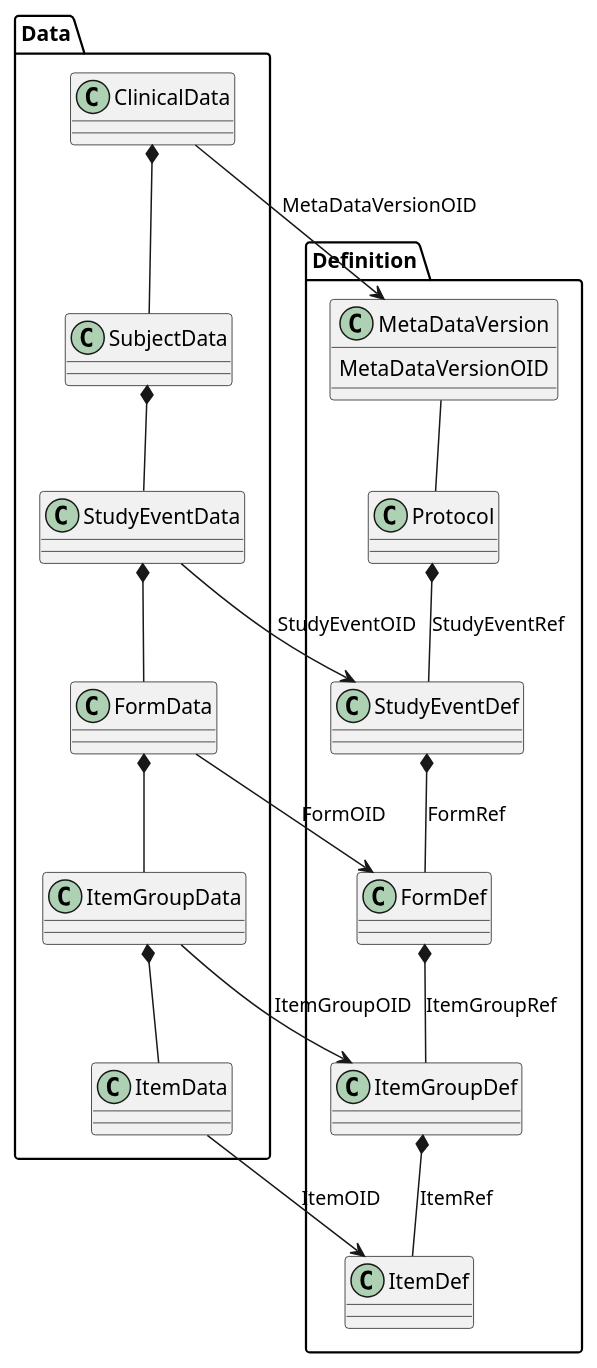
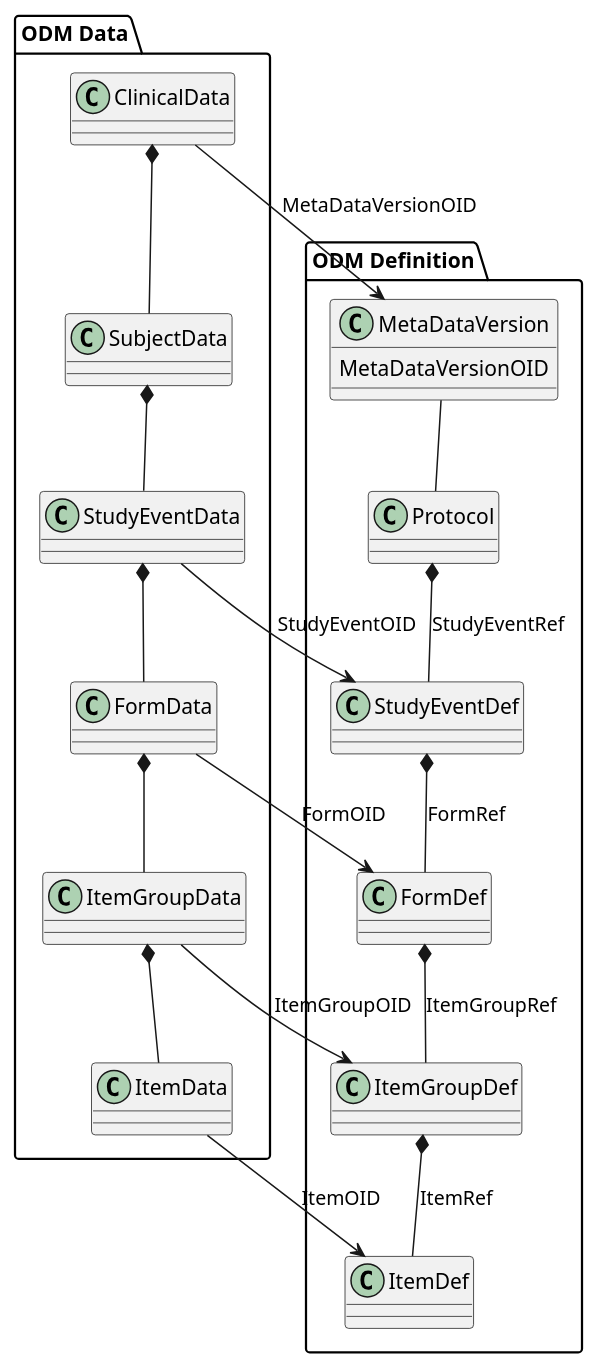
The diagram in input/images-source/form-hierarchy.plantuml (HL7/Vulcan-schedule-ig), drawn with PlantUML before and after one commit. The commit also changed 6 other files, not shown here.

```diff
--- a/input/images-source/form-hierarchy.plantuml
+++ b/input/images-source/form-hierarchy.plantuml
@@ -1,46 +1,46 @@
 @startuml "form-hierarchy"
 
-package "Definition"{
+package "ODM Definition"{
     class Protocol
 
     class MetaDataVersion {
         MetaDataVersionOID
     }
 
     class StudyEventDef
 
     class FormDef
 
     class ItemGroupDef
 
     class ItemDef
 
     MetaDataVersion -- Protocol
     Protocol *-- StudyEventDef: StudyEventRef
     StudyEventDef *-- FormDef : FormRef
     FormDef *-- ItemGroupDef : ItemGroupRef
     ItemGroupDef *-- ItemDef : ItemRef
 }
 
-package "Data" {
+package "ODM Data" {
     class ClinicalData
     class SubjectData 
     class StudyEventData
     class FormData
     class ItemGroupData
     class ItemData
 
     ClinicalData *-- SubjectData
     SubjectData *-- StudyEventData
     StudyEventData *-- FormData
     FormData *-- ItemGroupData
     ItemGroupData *-- ItemData
 
     ClinicalData --> MetaDataVersion: MetaDataVersionOID
     StudyEventData --> StudyEventDef: StudyEventOID
     FormData --> FormDef: FormOID
     ItemGroupData --> ItemGroupDef: ItemGroupOID
     ItemData --> ItemDef: ItemOID
 
 }
 @enduml
```
